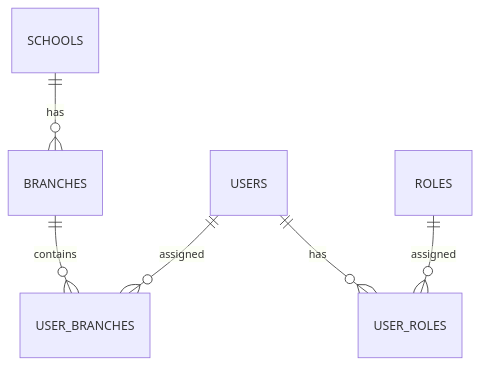
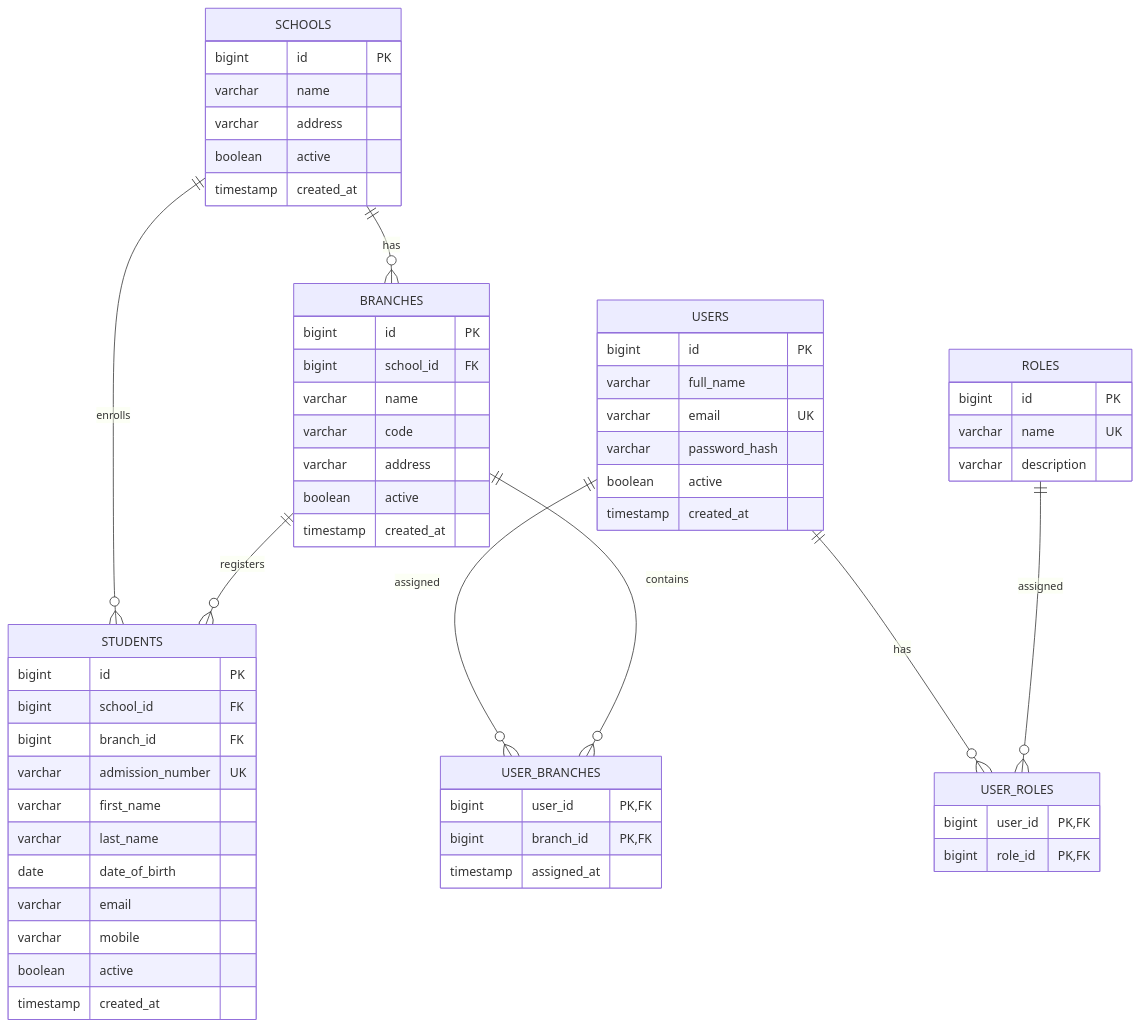
One commit to anand7079/school_erp_demo changed the diagram in docs/database/er-diagram.md. Above: the diagram before and after it, drawn with Mermaid. The commit also changed other lines of this file and 10 other files, not shown here.

````diff
--- a/docs/database/er-diagram.md
+++ b/docs/database/er-diagram.md
@@ -3,8 +3,68 @@
 ```mermaid
 erDiagram
     SCHOOLS ||--o{ BRANCHES : has
+    SCHOOLS ||--o{ STUDENTS : enrolls
+    BRANCHES ||--o{ STUDENTS : registers
     USERS ||--o{ USER_ROLES : has
     ROLES ||--o{ USER_ROLES : assigned
     USERS ||--o{ USER_BRANCHES : assigned
     BRANCHES ||--o{ USER_BRANCHES : contains
+
+    SCHOOLS {
+        bigint id PK
+        varchar name
+        varchar address
+        boolean active
+        timestamp created_at
+    }
+
+    BRANCHES {
+        bigint id PK
+        bigint school_id FK
+        varchar name
+        varchar code
+        varchar address
+        boolean active
+        timestamp created_at
+    }
+
+    STUDENTS {
+        bigint id PK
+        bigint school_id FK
+        bigint branch_id FK
+        varchar admission_number UK
+        varchar first_name
+        varchar last_name
+        date date_of_birth
+        varchar email
+        varchar mobile
+        boolean active
+        timestamp created_at
+    }
+
+    USERS {
+        bigint id PK
+        varchar full_name
+        varchar email UK
+        varchar password_hash
+        boolean active
+        timestamp created_at
+    }
+
+    ROLES {
+        bigint id PK
+        varchar name UK
+        varchar description
+    }
+
+    USER_ROLES {
+        bigint user_id PK, FK
+        bigint role_id PK, FK
+    }
+
+    USER_BRANCHES {
+        bigint user_id PK, FK
+        bigint branch_id PK, FK
+        timestamp assigned_at
+    }
 ```
````
